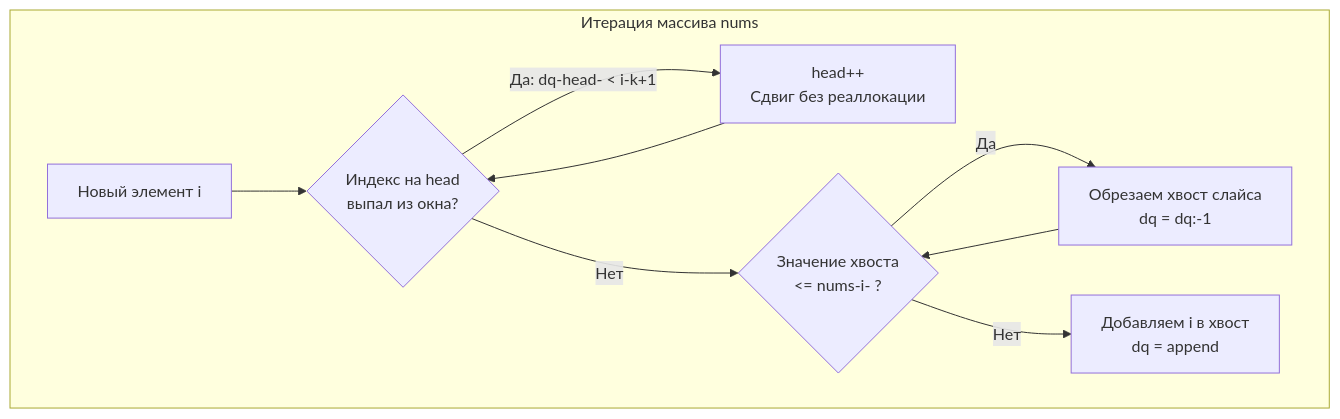
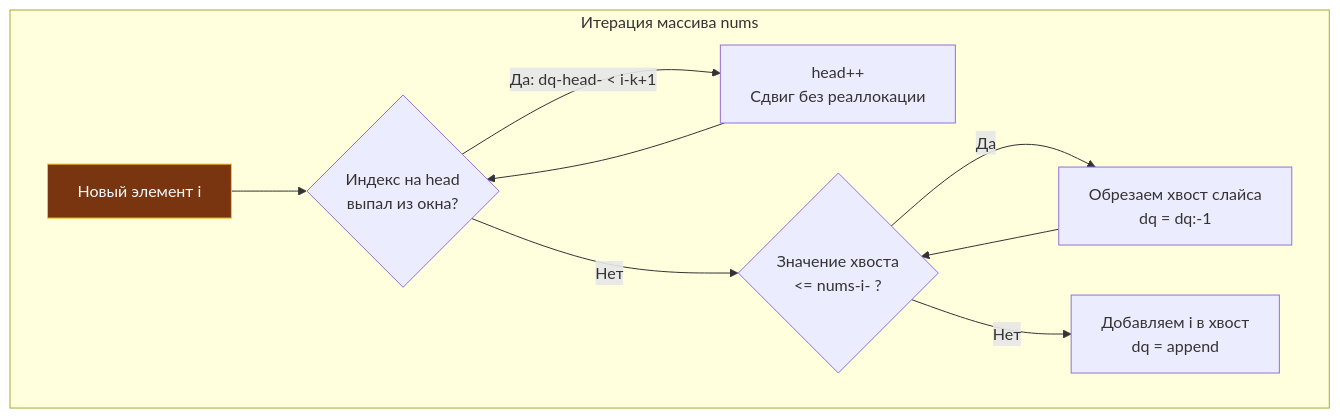
The diagram in sources/21. Задачи с LeetCode и собеседований на Go/02. Задачи/07. Очередь/6. Sliding Window Maximum.md (UnrealTemplier/go-textbook), drawn with Mermaid before and after one commit. The commit also changed 1666 other files, not shown here.

First line of the commit message:
feat(mermaid): add semantic color classDef to 1369 colorless flowchart/graph diagrams

````diff
--- a/sources/21. Задачи с LeetCode и собеседований на Go/02. Задачи/07. Очередь/6. Sliding Window Maximum.md
+++ b/sources/21. Задачи с LeetCode и собеседований на Go/02. Задачи/07. Очередь/6. Sliding Window Maximum.md
@@ -16,16 +16,26 @@
 ```mermaid
 flowchart TD
+    classDef process  fill:#1e293b,stroke:#38bdf8,stroke-width:1px,color:#f8fafc
+    classDef success  fill:#064e3b,stroke:#34d399,stroke-width:1px,color:#f8fafc
+    classDef error    fill:#7f1d1d,stroke:#f87171,stroke-width:1px,color:#f8fafc
+    classDef warning  fill:#78350f,stroke:#fbbf24,stroke-width:1px,color:#f8fafc
+    classDef entry    fill:#1e3a5f,stroke:#38bdf8,stroke-width:2px,color:#f8fafc
+    classDef aux      fill:#334155,stroke:#64748b,stroke-width:1px,color:#f8fafc
+    classDef system   fill:#312e81,stroke:#a78bfa,stroke-width:1px,color:#f8fafc
+    classDef data     fill:#132d29,stroke:#2dd4bf,stroke-width:1px,color:#f8fafc
+    classDef network  fill:#881337,stroke:#fb7185,stroke-width:1px,color:#f8fafc
+    classDef accent   fill:#1e1b4b,stroke:#818cf8,stroke-width:1px,color:#f8fafc
     subgraph Итерация массива nums
-        New["Новый элемент i"] --> CleanHead{"Индекс на head<br>выпал из окна?"}
+        New["Новый элемент i"]:::warning --> CleanHead{"Индекс на head<br>выпал из окна?"}
         
         CleanHead -->|"Да: dq-head- < i-k+1"| MoveHead["head++ <br>Сдвиг без реаллокации"]
         MoveHead --> CleanHead
         
         CleanHead -->|"Нет"| CleanTail{"Значение хвоста<br><= nums-i- ?"}
         
         CleanTail -->|"Да"| PopTail["Обрезаем хвост слайса<br>dq = dq:-1"]
         PopTail --> CleanTail
         
         CleanTail -->|"Нет"| PushTail["Добавляем i в хвост<br>dq = append"]
     end
 ```
````
